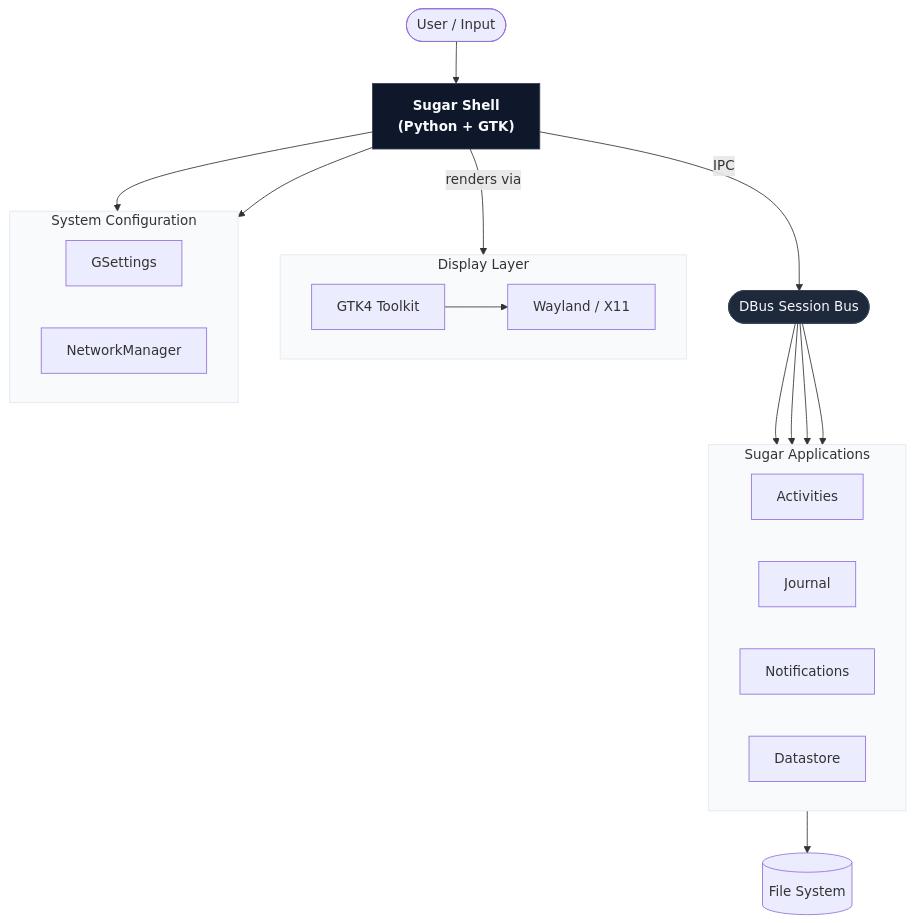
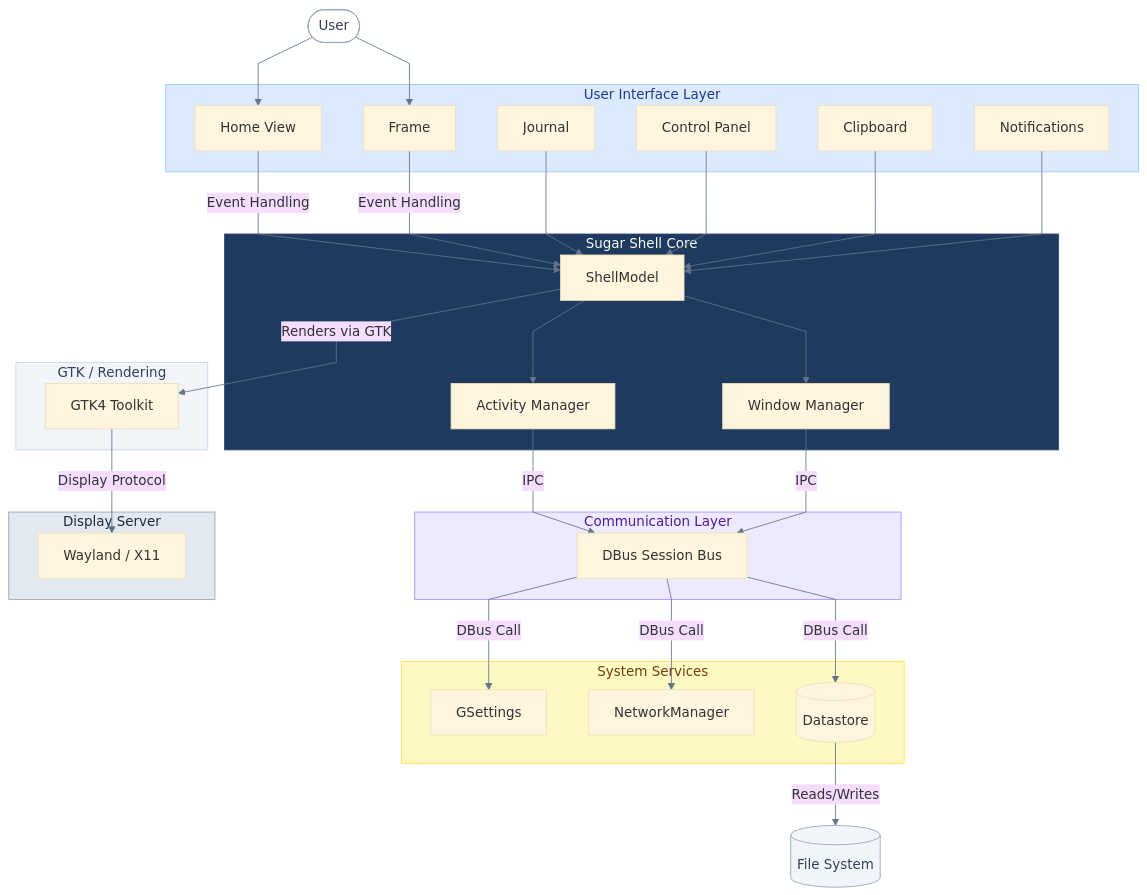
One commit to Dev10-sys/sugar-proposal-gtk changed the first of 13 diagrams in proposal.md. Above: the diagram before and after it, drawn with Mermaid. The commit also changed other lines of this file, not shown here.

Commit message:
docs: Upgrade all GSoC proposal diagrams to professional engineering standards with GTK4/Wayland focused architecture

````diff
--- a/proposal.md
+++ b/proposal.md
@@ -167,48 +167,68 @@
 ```mermaid
+%%{init: {'theme': 'base', 'themeVariables': {'lineColor': '#64748b'}, 'flowchart': {'curve': 'linear'}}}%%
 flowchart TD
-    User(["User / Input"])
+    User(["User"])
 
-    subgraph UI_Layer ["Display Layer"]
-        direction LR
-        GTK["GTK4 Toolkit"]
-        DisplayServer["Wayland / X11"]
+    subgraph UI_LAYER ["User Interface Layer"]
+        Frame["Frame"]
+        Home["Home View"]
+        JrnlUI["Journal"]
+        CtrlPanel["Control Panel"]
+        Clipboard["Clipboard"]
+        Notifs["Notifications"]
     end
 
-    Shell["Sugar Shell\n(Python + GTK)"]
-
-    subgraph Sys_Layer ["System Configuration"]
-        direction LR
-        GSettings["GSettings"]
-        NetworkManager["NetworkManager"]
+    subgraph CORE_LAYER ["Sugar Shell Core"]
+        ShellModel["ShellModel"]
+        ActMgr["Activity Manager"]
+        WinMgr["Window Manager"]
     end
 
-    DBus(["DBus Session Bus"])
-
-    subgraph App_Layer ["Sugar Applications"]
-        direction LR
-        Activities["Activities"]
-        Journal["Journal"]
-        Notifications["Notifications"]
-        Datastore["Datastore"]
+    subgraph DBUS_LAYER ["Communication Layer"]
+        DBusBus["DBus Session Bus"]
     end
 
-    Storage[("File System")]
+    subgraph SVC_LAYER ["System Services"]
+        GSettings["GSettings"]
+        NetMgr["NetworkManager"]
+        Datastore[("Datastore")]
+    end
 
-    User --> Shell
-    Shell -->|renders via| GTK
-    GTK --> DisplayServer
-    Shell --> GSettings
-    Shell --> NetworkManager
-    Shell -->|IPC| DBus
-    DBus --> Activities
-    DBus --> Journal
-    DBus --> Notifications
-    DBus --> Datastore
-    Datastore --> Storage
+    subgraph GTK_LYR ["GTK / Rendering"]
+        GTK4["GTK4 Toolkit"]
+    end
 
-    style Shell fill:#0f172a,stroke:#334155,color:#f8fafc,font-weight:bold
-    style DBus fill:#1e293b,stroke:#334155,color:#f8fafc
-    style UI_Layer fill:#f8fafc,stroke:#e2e8f0
-    style Sys_Layer fill:#f8fafc,stroke:#e2e8f0
-    style App_Layer fill:#f8fafc,stroke:#e2e8f0
+    subgraph DISP_LYR ["Display Server"]
+        DispSrv["Wayland / X11"]
+    end
+
+    FileSystem[("File System")]
+
+    User --> Home
+    User --> Frame
+    Home -->|"Event Handling"| ShellModel
+    Frame -->|"Event Handling"| ShellModel
+    JrnlUI --> ShellModel
+    CtrlPanel --> ShellModel
+    Clipboard --> ShellModel
+    Notifs --> ShellModel
+    ShellModel --> ActMgr
+    ShellModel --> WinMgr
+    ActMgr -->|"IPC"| DBusBus
+    WinMgr -->|"IPC"| DBusBus
+    DBusBus -->|"DBus Call"| GSettings
+    DBusBus -->|"DBus Call"| NetMgr
+    DBusBus -->|"DBus Call"| Datastore
+    ShellModel -->|"Renders via GTK"| GTK4
+    GTK4 -->|"Display Protocol"| DispSrv
+    Datastore -->|"Reads/Writes"| FileSystem
+
+    style UI_LAYER fill:#dbeafe,stroke:#93c5fd,color:#1e3a8a
+    style CORE_LAYER fill:#1e3a5f,stroke:#2d4a6f,color:#f8fafc
+    style DBUS_LAYER fill:#ede9fe,stroke:#a78bfa,color:#4c1d95
+    style SVC_LAYER fill:#fef9c3,stroke:#fde047,color:#713f12
+    style GTK_LYR fill:#f1f5f9,stroke:#cbd5e1,color:#334155
+    style DISP_LYR fill:#e2e8f0,stroke:#94a3b8,color:#1e293b
+    style FileSystem fill:#f1f5f9,stroke:#94a3b8,color:#334155
+    style User fill:#ffffff,stroke:#94a3b8,color:#334155
 ```
````
